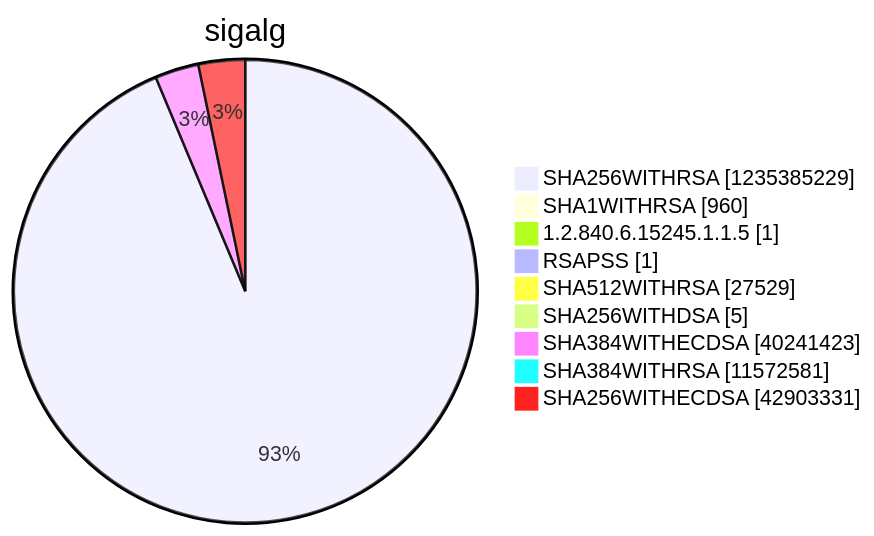
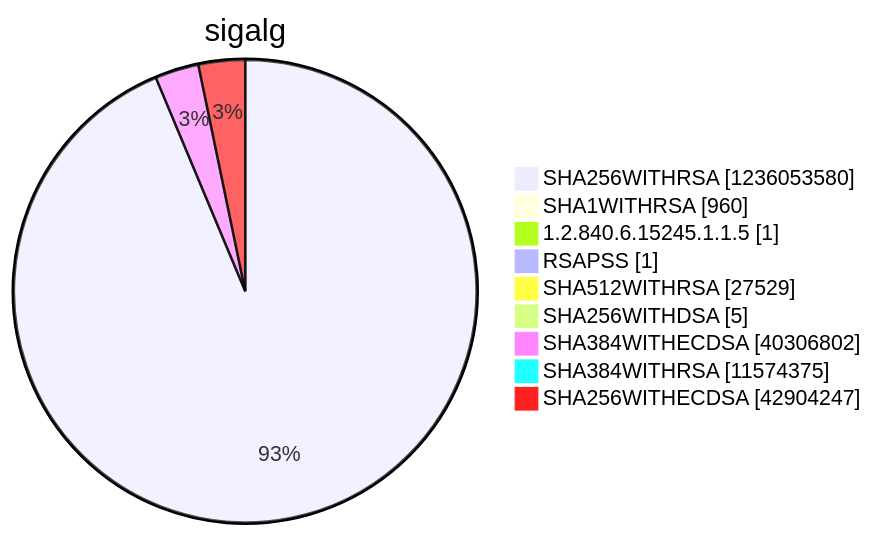
Diagram 15 of 15 in argon2022/README.md (christiankrug/ctmonitor_visualization), drawn with Mermaid before and after one commit. The commit also changed other lines of this file, not shown here.

````diff
--- a/argon2022/README.md
+++ b/argon2022/README.md
@@ -5522,13 +5522,13 @@
 ```mermaid
 pie showData
 title sigalg
-"SHA256WITHRSA" :1235385229
+"SHA256WITHRSA" :1236053580
 "SHA1WITHRSA" :960
 "1.2.840.6.15245.1.1.5" :1
 "RSAPSS" :1
 "SHA512WITHRSA" :27529
 "SHA256WITHDSA" :5
-"SHA384WITHECDSA" :40241423
-"SHA384WITHRSA" :11572581
-"SHA256WITHECDSA" :42903331
+"SHA384WITHECDSA" :40306802
+"SHA384WITHRSA" :11574375
+"SHA256WITHECDSA" :42904247
 ```
````
